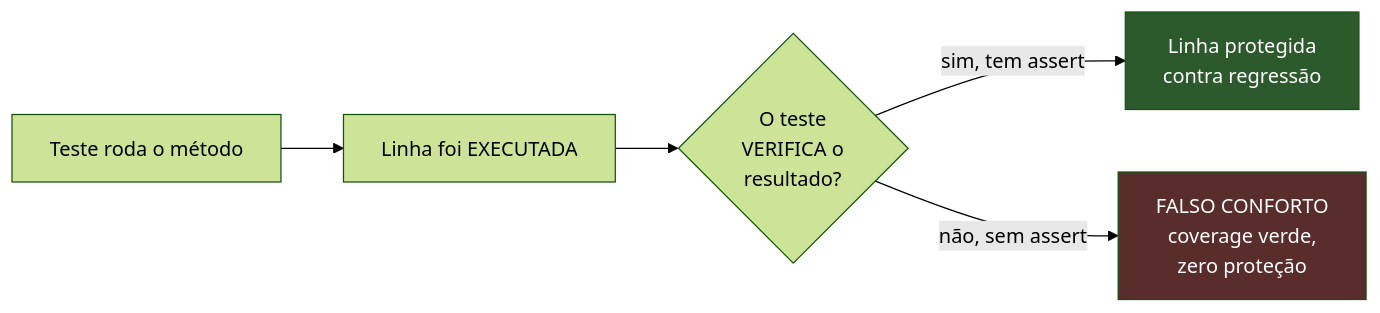
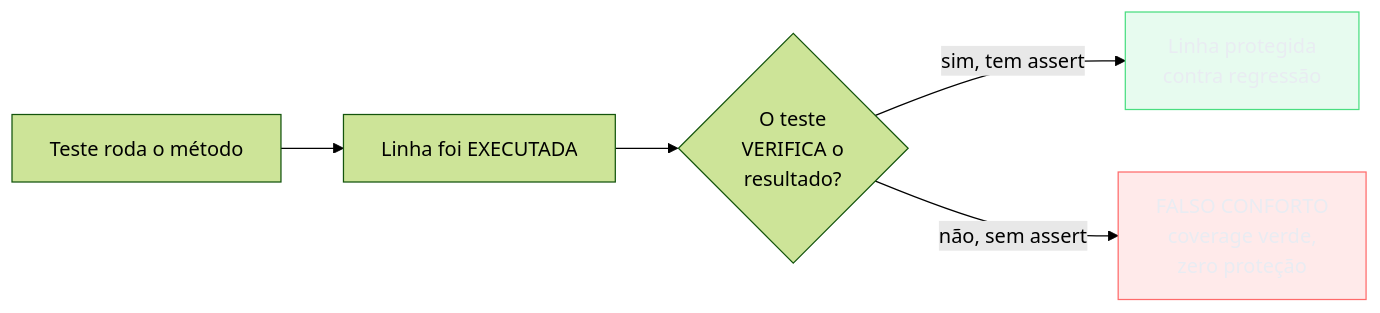
Before and after one commit to josenaldo/codex-technomanticus: the second of 6 diagrams in 03-Dominios/Engenharia/Testes/12 - Coverage e mutation testing.md, drawn with Mermaid (forest theme). The commit also changed other lines of this file and 1181 other files, not shown here.

First line of the commit message:
fix(diagramas): paleta do sistema no lugar de cor cravada no markdown

````diff
--- a/03-Dominios/Engenharia/Testes/12 - Coverage e mutation testing.md
+++ b/03-Dominios/Engenharia/Testes/12 - Coverage e mutation testing.md
@@ -96,10 +98,12 @@
 ```mermaid
 flowchart LR
+    classDef ok fill:#4ADE8021,stroke:#4ADE80,color:#E9ECF2
+    classDef falha fill:#FF6B6B24,stroke:#FF6B6B,color:#E9ECF2
     A["Teste roda o método"] --> B["Linha foi EXECUTADA"]
     B --> C{"O teste<br/>VERIFICA o<br/>resultado?"}
     C -->|"sim, tem assert"| D["Linha protegida<br/>contra regressão"]
     C -->|"não, sem assert"| E["FALSO CONFORTO<br/>coverage verde,<br/>zero proteção"]
 
-    style D fill:#2d5a2d,color:#fff
-    style E fill:#5a2d2d,color:#fff
+    class D ok
+    class E falha
 ```
````
